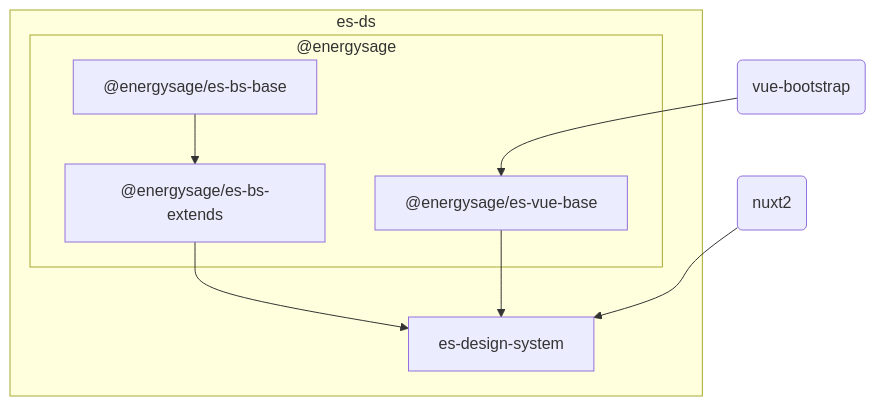
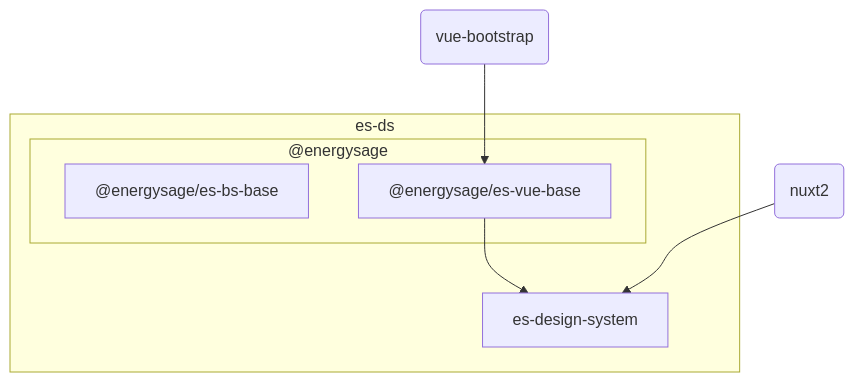
The diagram in README.md (EnergySage/es-ds), drawn with Mermaid before and after one commit. The commit also changed other lines of this file and 46 other files, not shown here.

````diff
--- a/README.md
+++ b/README.md
@@ -14,17 +14,14 @@
 ```mermaid
 graph TB
     subgraph es-ds
         subgraph "@energysage"
             A["@energysage/es-bs-base"]
-            B["@energysage/es-bs-extends"]
             C["@energysage/es-vue-base"]
         end
         D[es-design-system]
-        A-->B
-        B-->D
         C-->D
     end
     Y(nuxt2)
     Z(vue-bootstrap) --> C
     Y-->D
 ```
````
